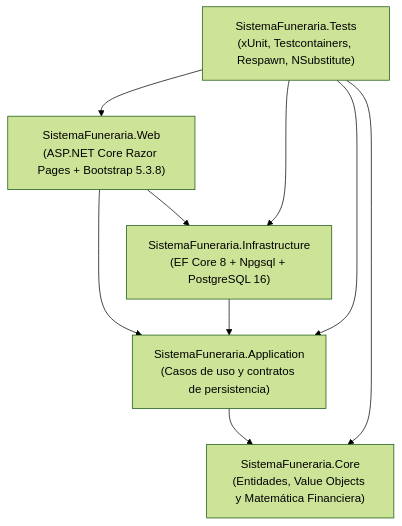
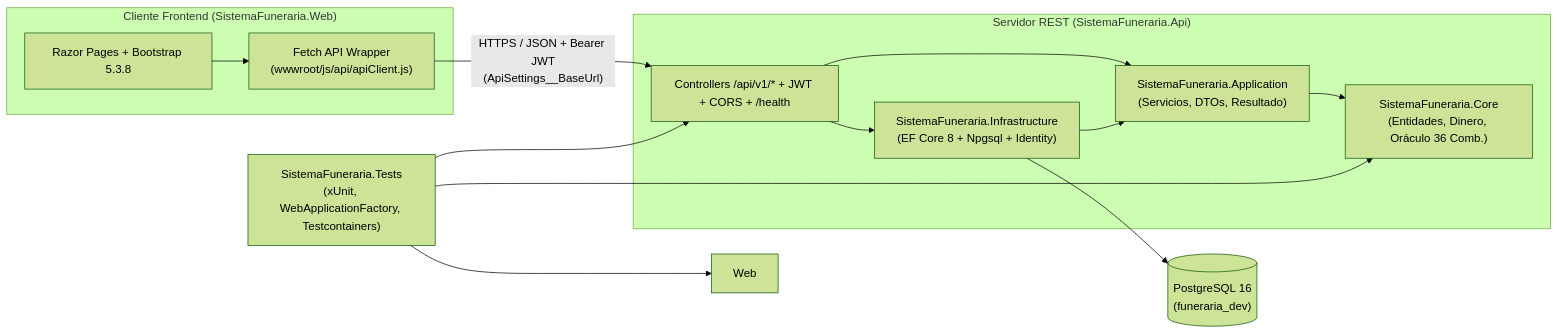
One commit to Riguidix/SistemaFuneraria changed the diagram in README.md. Above: the diagram before and after it, drawn with Mermaid (forest theme). The commit also changed other lines of this file and 2 other files, not shown here.

Commit message:
docs(readme,api): actualizar diagrama de arquitectura y coleccion HTTP local

````diff
--- a/README.md
+++ b/README.md
@@ -32,17 +32,28 @@
 ```mermaid
-flowchart TD
-    Web["SistemaFuneraria.Web<br>(ASP.NET Core Razor Pages + Bootstrap 5.3.8)"]
-    Infra["SistemaFuneraria.Infrastructure<br>(EF Core 8 + Npgsql + PostgreSQL 16)"]
-    App["SistemaFuneraria.Application<br>(Casos de uso y contratos de persistencia)"]
-    Core["SistemaFuneraria.Core<br>(Entidades, Value Objects y Matemática Financiera)"]
-    Tests["SistemaFuneraria.Tests<br>(xUnit, Testcontainers, Respawn, NSubstitute)"]
+flowchart LR
+    subgraph CLIENTE["Cliente Frontend (SistemaFuneraria.Web)"]
+        Razor["Razor Pages + Bootstrap 5.3.8"]
+        Wrapper["Fetch API Wrapper<br>(wwwroot/js/api/apiClient.js)"]
+        Razor --> Wrapper
+    end
 
-    Web --> App
-    Web --> Infra
-    Infra --> App
-    App --> Core
+    subgraph SERVIDOR["Servidor REST (SistemaFuneraria.Api)"]
+        Api["Controllers /api/v1/* + JWT + CORS + /health"]
+        App["SistemaFuneraria.Application<br>(Servicios, DTOs, Resultado<T>)"]
+        Core["SistemaFuneraria.Core<br>(Entidades, Dinero, Oráculo 36 Comb.)"]
+        Infra["SistemaFuneraria.Infrastructure<br>(EF Core 8 + Npgsql + Identity)"]
+        Api --> App
+        Api --> Infra
+        Infra --> App
+        App --> Core
+    end
+
+    DB[("PostgreSQL 16<br>(funeraria_dev)")]
+    Tests["SistemaFuneraria.Tests<br>(xUnit, WebApplicationFactory, Testcontainers)"]
+
+    Wrapper -->|"HTTPS / JSON + Bearer JWT<br>(ApiSettings__BaseUrl)"| Api
+    Infra --> DB
+    Tests --> Api
     Tests --> Web
-    Tests --> Infra
-    Tests --> App
     Tests --> Core
 ```
````
